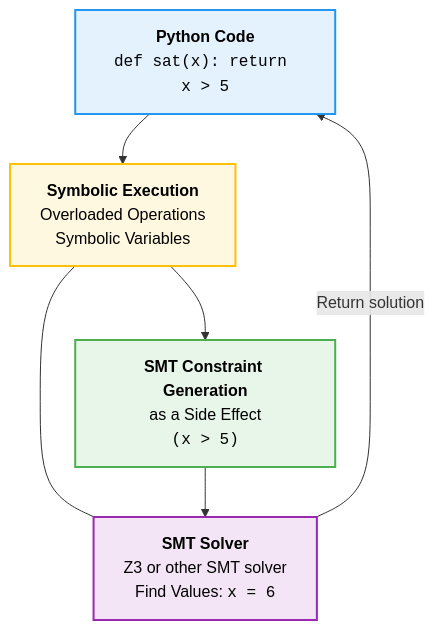
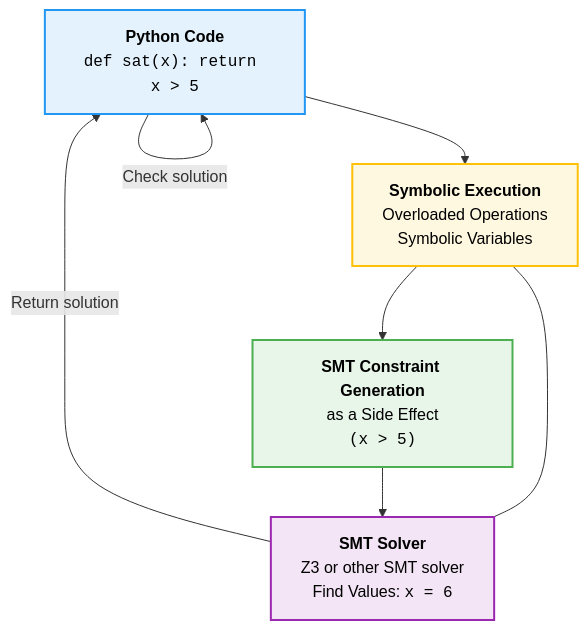
Before and after one commit to namin/holey: the diagram in diagram_staging_SMT.md, drawn with Mermaid.

````diff
--- a/diagram_staging_SMT.md
+++ b/diagram_staging_SMT.md
@@ -3,21 +3,23 @@
 ```mermaid
 flowchart TB
     PythonCode["<b>Python Code</b><br><tt>def sat(x): return x > 5</tt>"] --> SymbolicExecution
     
     SymbolicExecution["<b>Symbolic Execution</b><br>Overloaded Operations<br>Symbolic Variables"] --> SMTGeneration
     SymbolicExecution --- SMTSolver
     
     SMTGeneration["<b>SMT Constraint Generation</b><br>as a Side Effect<br><tt>(x > 5)</tt>"] --> SMTSolver
     
     SMTSolver["<b>SMT Solver</b><br>Z3 or other SMT solver<br>Find Values: <tt>x = 6</tt>"] --> |Return solution| PythonCode
-    
+
+    PythonCode --> |Check solution| PythonCode
+
     classDef python fill:#e3f2fd,stroke:#2196f3,stroke-width:2px,color:black;
     classDef execution fill:#fff8e1,stroke:#ffc107,stroke-width:2px,color:black;
     classDef generation fill:#e8f5e9,stroke:#4caf50,stroke-width:2px,color:black;
     classDef solver fill:#f3e5f5,stroke:#9c27b0,stroke-width:2px,color:black;
     
     class PythonCode python;
     class SymbolicExecution execution;
     class SMTGeneration generation;
     class SMTSolver solver;
 ```
````
